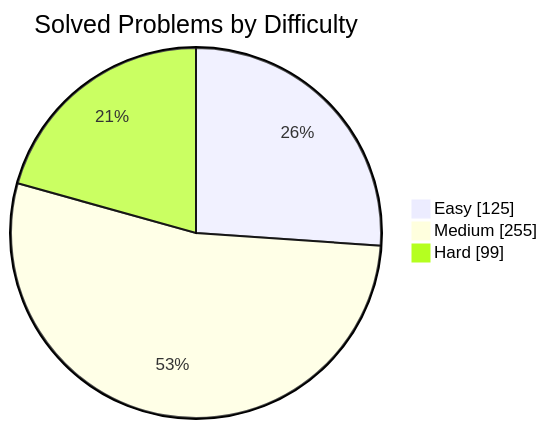
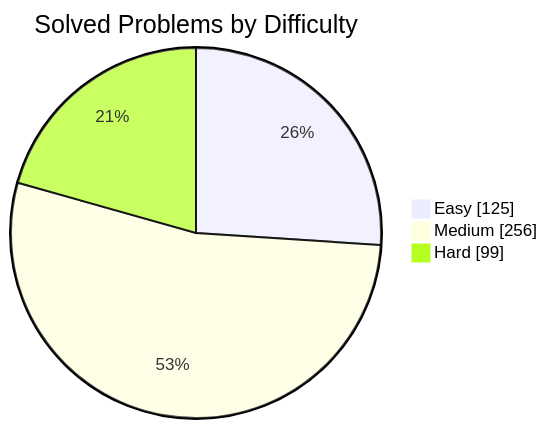
Before and after one commit to manikantbindass/DSA-Preparation-FAANG: the first of 2 diagrams in README.md, drawn with Mermaid. The commit also changed other lines of this file and 1 other file, not shown here.

````diff
--- a/README.md
+++ b/README.md
@@ -77,7 +77,7 @@
 ```mermaid
 pie showData
     title Solved Problems by Difficulty
     "Easy" : 125
-    "Medium" : 255
+    "Medium" : 256
     "Hard" : 99
 ```
````
